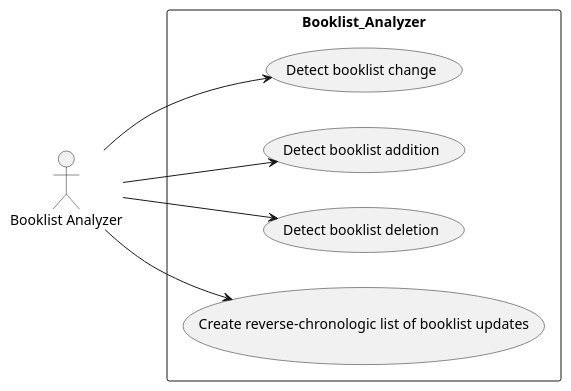
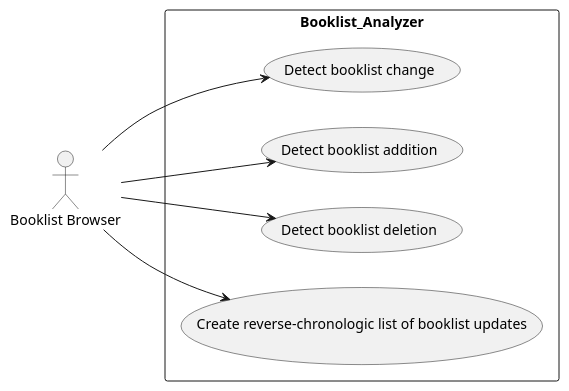
The diagram in use-cases/example-uml-booklist-analyzer.iuml (andysylvester/federated-bookshelves), drawn with PlantUML before and after one commit.

```diff
--- a/use-cases/example-uml-booklist-analyzer.iuml
+++ b/use-cases/example-uml-booklist-analyzer.iuml
@@ -1,14 +1,14 @@
 @startuml
 left to right direction
-actor "Booklist Analyzer" as fc
+actor "Booklist Browser" as fc
 rectangle Booklist_Analyzer {
   usecase "Detect booklist change" as UC1
   usecase "Detect booklist addition" as UC2
   usecase "Detect booklist deletion" as UC3
   usecase "Create reverse-chronologic list of booklist updates" as UC4
 }
 fc --> UC1
 fc --> UC2
 fc --> UC3
 fc --> UC4
 @enduml
```
